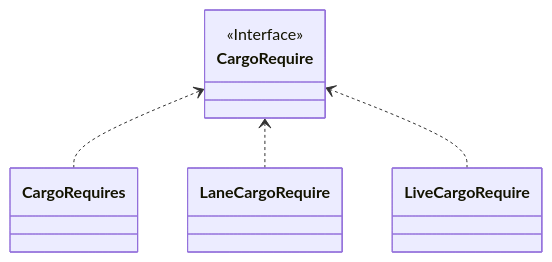
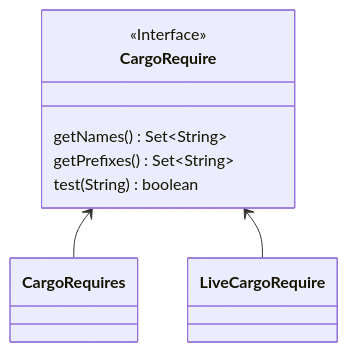
The second of 3 diagrams in docs/cn/transmission.md (jd-opensource/joylive-agent), drawn with Mermaid before and after one commit. The commit also changed other lines of this file and 3 other files, not shown here.

````diff
--- a/docs/cn/transmission.md
+++ b/docs/cn/transmission.md
@@ -86,16 +78,16 @@
 ```mermaid
 classDiagram
 direction BT
 class CargoRequire {
 <<Interface>>
-
+    getNames() Set~String~
+    getPrefixes() Set~String~
+    test(String) boolean
 }
 class CargoRequires
-class LaneCargoRequire
 class LiveCargoRequire
 
-CargoRequires  ..>  CargoRequire 
-LaneCargoRequire  ..>  CargoRequire 
-LiveCargoRequire  ..>  CargoRequire 
+CargoRequires  -->   CargoRequire 
+LiveCargoRequire  -->   CargoRequire 
 
 ```
````
